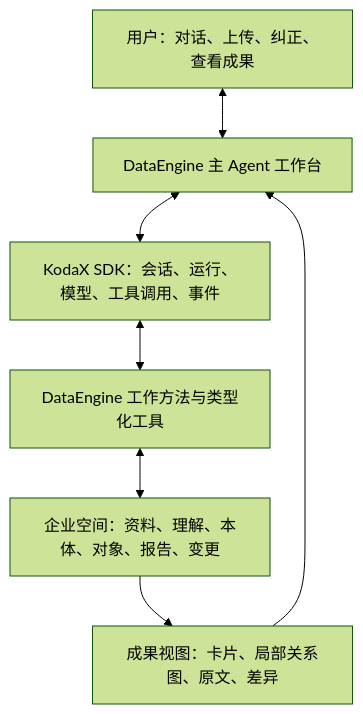
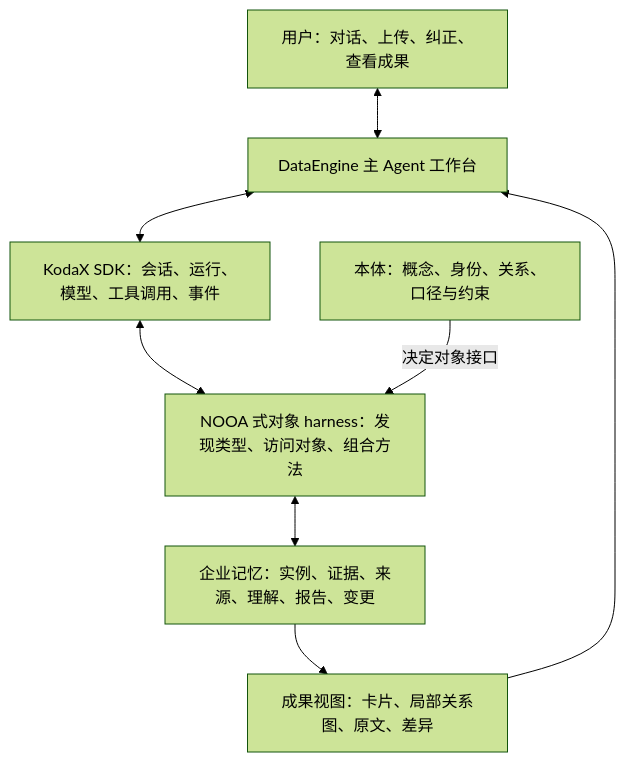
One commit to BizAgentOS/context-os changed the first of 2 diagrams in docs/AGENT_DESIGN.md. Above: the diagram before and after it, drawn with Mermaid (forest theme). The commit also changed other lines of this file and 5 other files, not shown here.

````diff
--- a/docs/AGENT_DESIGN.md
+++ b/docs/AGENT_DESIGN.md
@@ -15,9 +15,10 @@
 ```mermaid
 flowchart TB
   U[用户：对话、上传、纠正、查看成果] <--> A[DataEngine 主 Agent 工作台]
   A <--> R[KodaX SDK：会话、运行、模型、工具调用、事件]
-  R <--> M[DataEngine 工作方法与类型化工具]
-  M <--> E[企业空间：资料、理解、本体、对象、报告、变更]
+  R <--> M[NOOA 式对象 harness：发现类型、访问对象、组合方法]
+  O[本体：概念、身份、关系、口径与约束] -->|决定对象接口| M
+  M <--> E[企业记忆：实例、证据、来源、理解、报告、变更]
   E --> V[成果视图：卡片、局部关系图、原文、差异]
   V --> A
 ```
````
